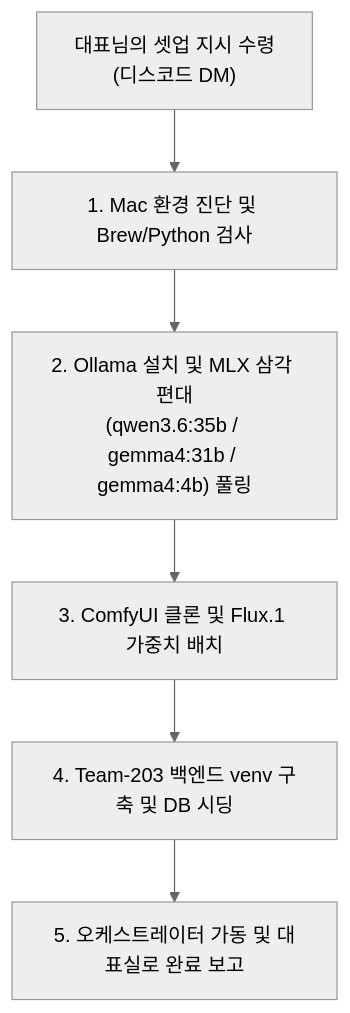
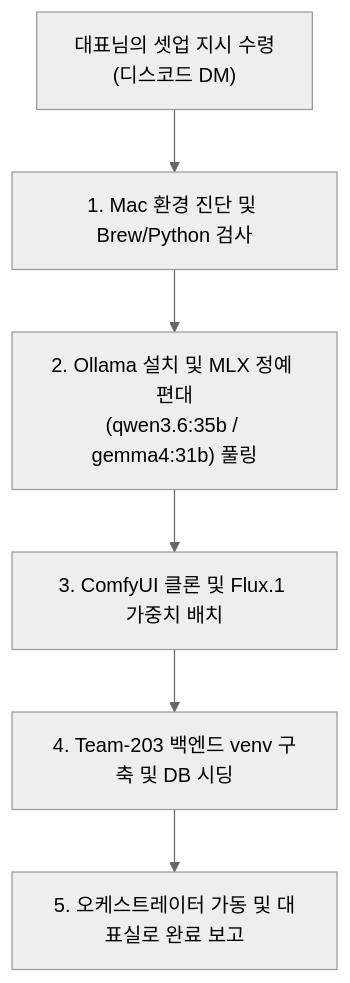
One commit to ChungRyong/Team-203 changed the diagram in M5_PRO_MAX_BOOTSTRAP_GUIDE.md. Above: the diagram before and after it, drawn with Mermaid (neutral theme). The commit also changed other lines of this file and 5 other files, not shown here.

````diff
--- a/M5_PRO_MAX_BOOTSTRAP_GUIDE.md
+++ b/M5_PRO_MAX_BOOTSTRAP_GUIDE.md
@@ -33,8 +35,8 @@
 ```mermaid
 graph TD
     A["대표님의 셋업 지시 수령<br>(디스코드 DM)"] --> B["1. Mac 환경 진단 및 Brew/Python 검사"]
-    B --> C["2. Ollama 설치 및 MLX 삼각 편대<br>(qwen3.6:35b / gemma4:31b / gemma4:4b) 풀링"]
+    B --> C["2. Ollama 설치 및 MLX 정예 편대<br>(qwen3.6:35b / gemma4:31b) 풀링"]
     C --> D["3. ComfyUI 클론 및 Flux.1 가중치 배치"]
     D --> E["4. Team-203 백엔드 venv 구축 및 DB 시딩"]
     E --> F["5. 오케스트레이터 가동 및 대표실로 완료 보고"]
 ```
````
